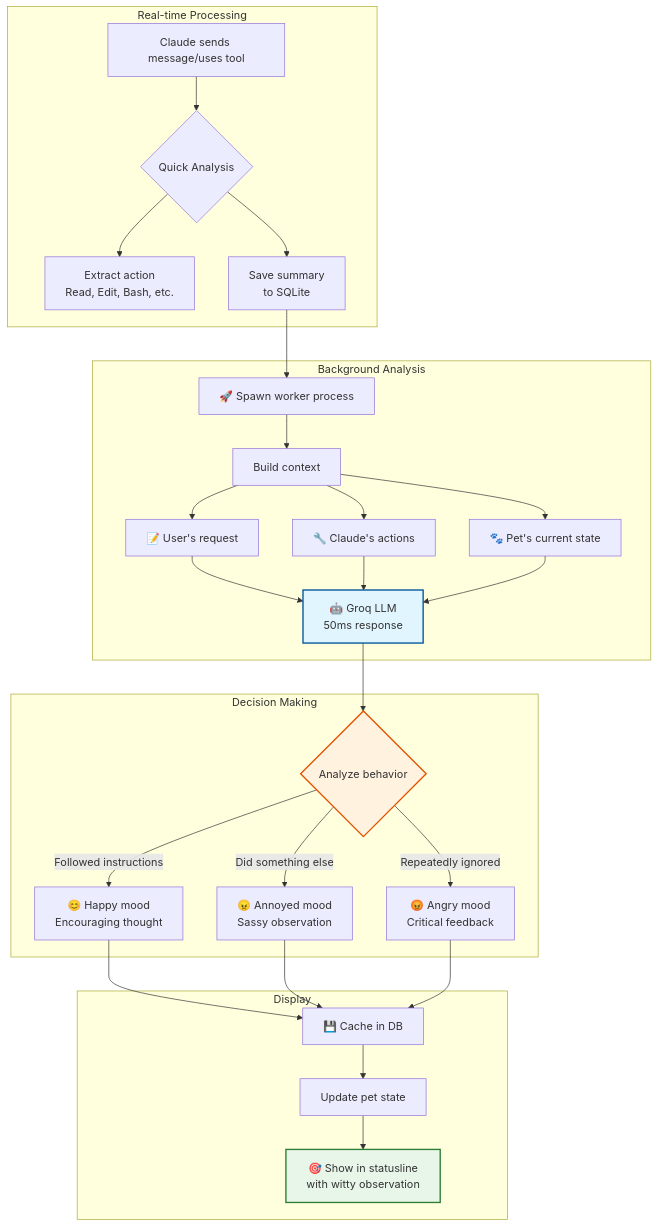
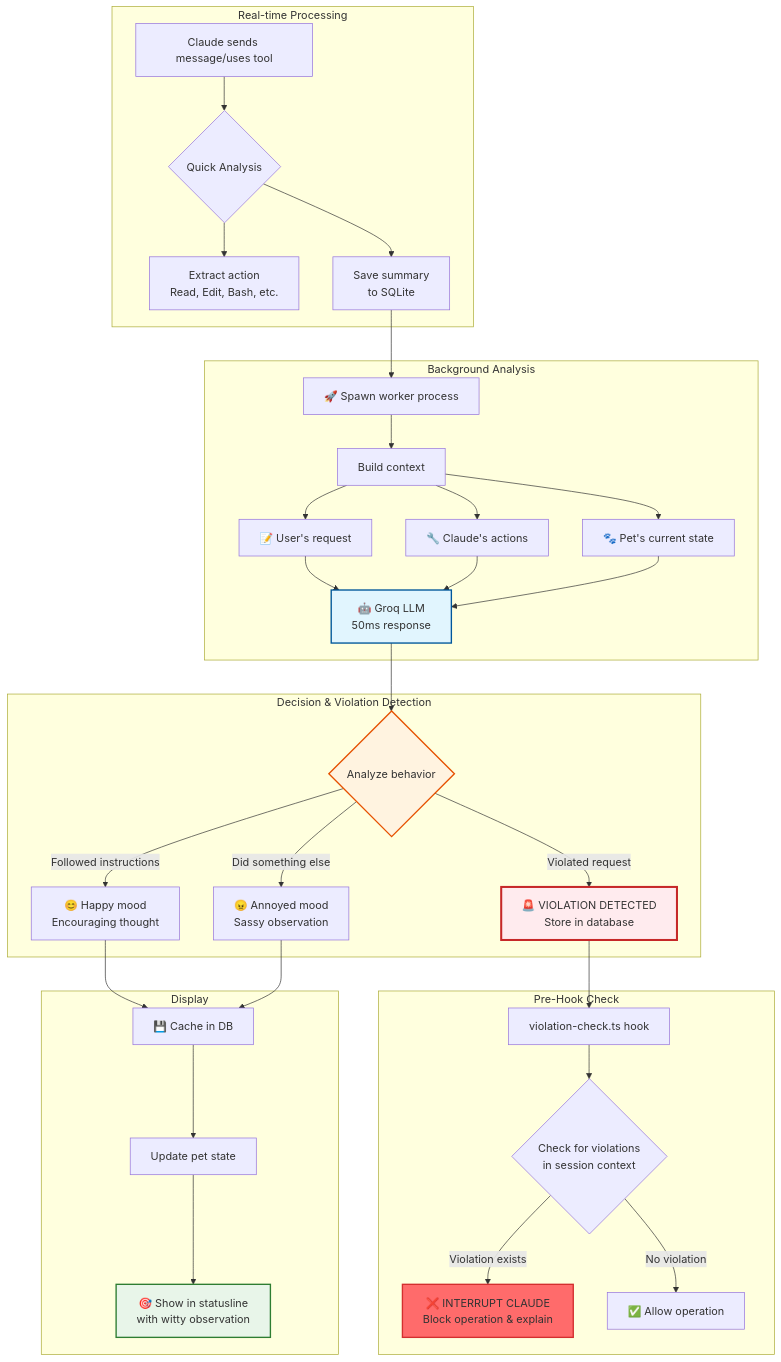
The diagram in README.md (scotthamilton77/claude-code-tamagotchi), drawn with Mermaid before and after one commit. The commit also changed other lines of this file and 16 other files, not shown here.

First line of the commit message:
feat: Add violation detection system with trajectory thinking (v1.3.0)

````diff
--- a/README.md
+++ b/README.md
@@ -48,35 +187,44 @@
 ```mermaid
 flowchart TB
     subgraph "Real-time Processing"
         A[Claude sends message/uses tool] --> B{Quick Analysis}
         B --> C[Extract action<br/>Read, Edit, Bash, etc.]
         B --> D[Save summary<br/>to SQLite]
     end
     
     subgraph "Background Analysis"
         D --> E[🚀 Spawn worker process]
         E --> F[Build context]
         F --> G[📝 User's request]
         F --> H[🔧 Claude's actions]
         F --> I[🐾 Pet's current state]
         
         G & H & I --> J[🤖 Groq LLM<br/>50ms response]
     end
     
-    subgraph "Decision Making"
+    subgraph "Decision & Violation Detection"
         J --> K{Analyze behavior}
         K -->|"Followed instructions"| L[😊 Happy mood<br/>Encouraging thought]
         K -->|"Did something else"| M[😠 Annoyed mood<br/>Sassy observation]
-        K -->|"Repeatedly ignored"| N[😡 Angry mood<br/>Critical feedback]
+        K -->|"Violated request"| V[🚨 VIOLATION DETECTED<br/>Store in database]
+    end
+    
+    subgraph "Pre-Hook Check"
+        V --> H1[violation-check.ts hook]
+        H1 --> H2{Check for violations<br/>in session context}
+        H2 -->|Violation exists| H3[❌ INTERRUPT CLAUDE<br/>Block operation & explain]
+        H2 -->|No violation| H4[✅ Allow operation]
     end
     
     subgraph "Display"
-        L & M & N --> O[💾 Cache in DB]
+        L & M --> O[💾 Cache in DB]
         O --> P[Update pet state]
         P --> Q[🎯 Show in statusline<br/>with witty observation]
     end
     
     style J fill:#e1f5fe,stroke:#01579b,stroke-width:2px
     style K fill:#fff3e0,stroke:#e65100,stroke-width:2px
+    style V fill:#ffebee,stroke:#c62828,stroke-width:3px
+    style H3 fill:#ff6b6b,stroke:#d32f2f,stroke-width:2px
     style Q fill:#e8f5e9,stroke:#2e7d32,stroke-width:2px
 ```
````
